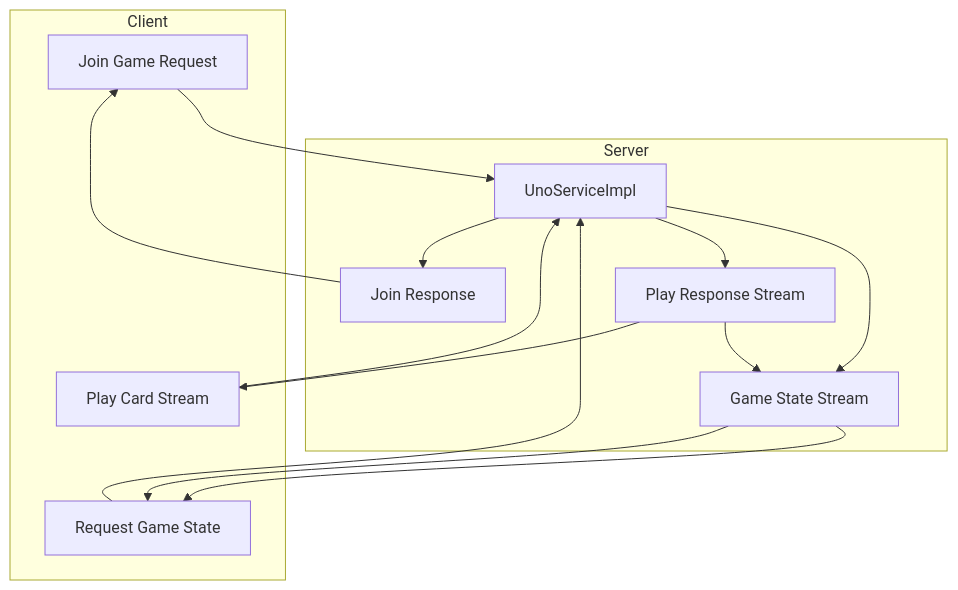
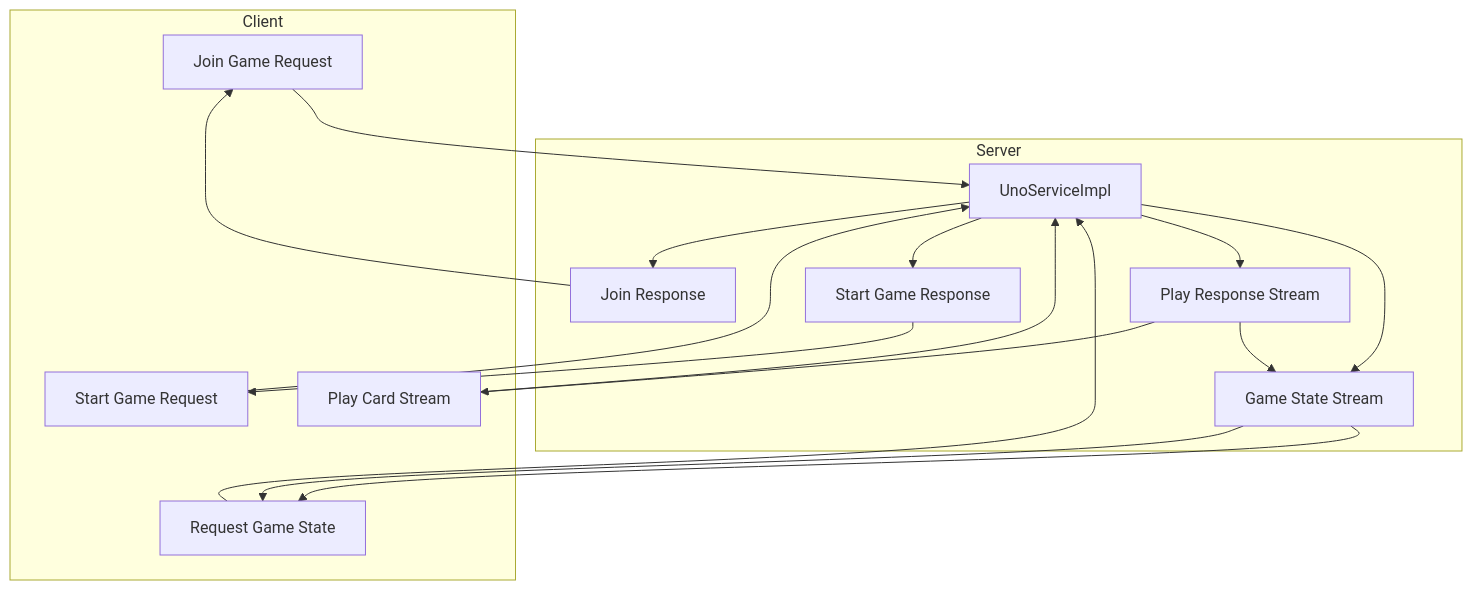
One commit to YashzAlphaGeek/FluxRPC changed the second of 3 diagrams in uno-rpc/uno-backend/README.md. Above: the diagram before and after it, drawn with Mermaid. The commit also changed other lines of this file, not shown here.

````diff
--- a/uno-rpc/uno-backend/README.md
+++ b/uno-rpc/uno-backend/README.md
@@ -82,28 +87,33 @@
 ```mermaid
 flowchart TD
     subgraph Client
         C1[Join Game Request]
+        CStart[Start Game Request]
         C2[Play Card Stream]
         C3[Request Game State]
     end
 
     subgraph Server
         S1[UnoServiceImpl]
         S1Join[Join Response]
+        S1Start[Start Game Response]
         S1Play[Play Response Stream]
         S1State[Game State Stream]
     end
 
     %% Join Game (Unary)
     C1 --> S1 --> S1Join --> C1
 
-    %% Play Card (BiDi Streaming)
-    C2 --> S1 --> S1Play --> C2
+    %% Start Game (Unary)
+    CStart --> S1 --> S1Start --> CStart
 
     %% Game State (Server Streaming)
     C3 --> S1 --> S1State --> C3
+
+    %% Play Card (BiDi Streaming)
+    C2 --> S1 --> S1Play --> C2
 
     %% Broadcast Game State after each play
     S1Play --> S1State
     S1State --> C3
 ```
````
